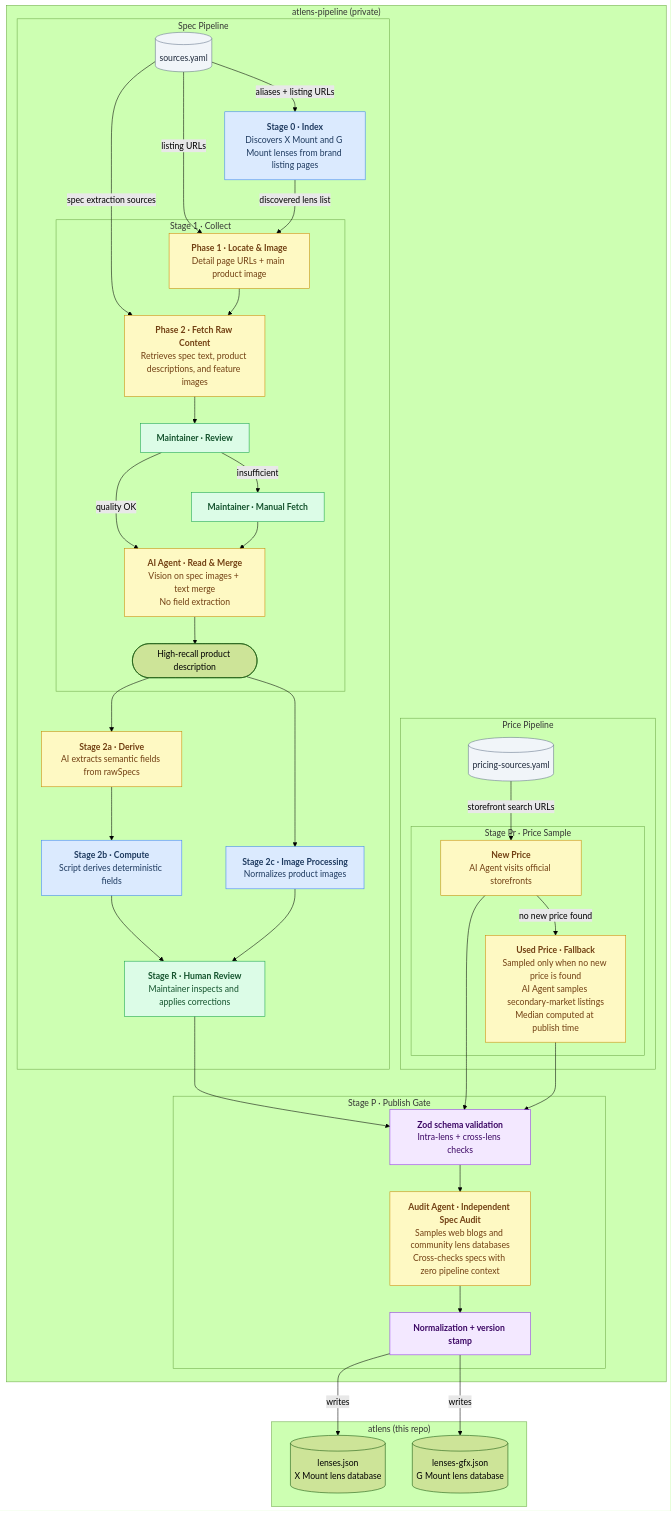
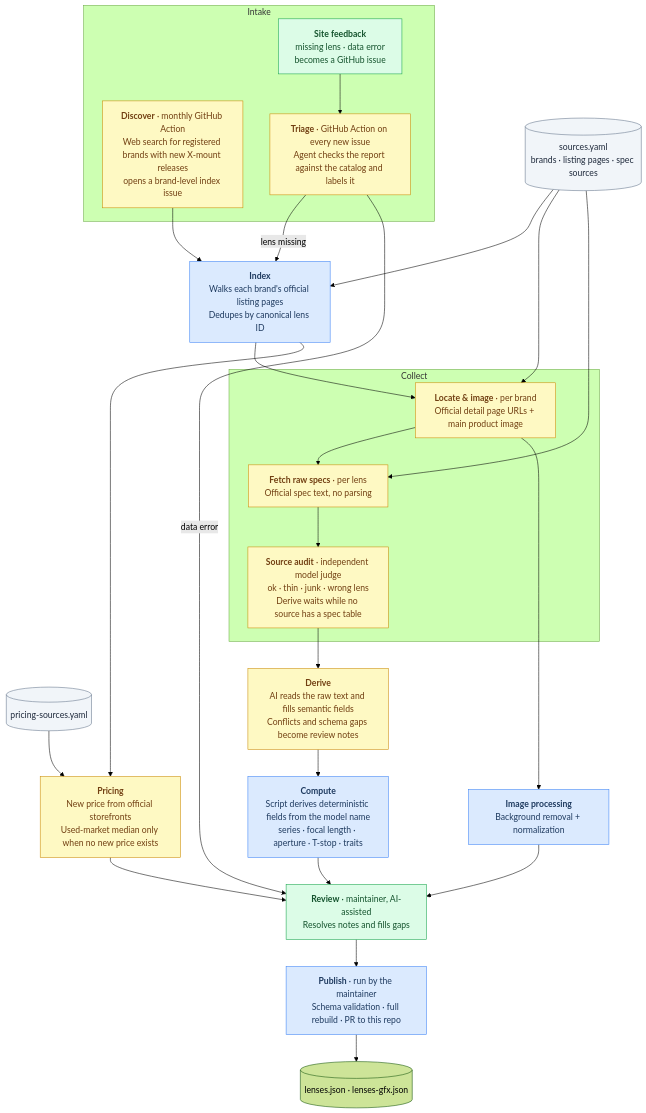
One commit to sentacraft/atlens changed the second of 2 diagrams in README.md. Above: the diagram before and after it, drawn with Mermaid (forest theme). The commit also changed other lines of this file and 1 other file, not shown here.

Commit message:
docs: describe the app architecture and the current data pipeline in the README
Replaces the pipeline diagram with the stages that run today (discover,
triage, source audit, compute, pricing and image steps, manual publish) and
how the pipeline is operated, adds an architecture section, and removes the
unlinked and outdated docs/pipeline.md.

````diff
--- a/README.md
+++ b/README.md
@@ -61,78 +113,48 @@
 ```mermaid
 flowchart TD
-  subgraph pipeline["atlens-pipeline (private)"]
-
-    subgraph spec["Spec Pipeline"]
-      SOURCES[("sources.yaml")]
-
-      S0["<b>Stage 0 · Index</b><br/>Discovers X Mount and G Mount lenses from brand listing pages"]
-
-      subgraph s1["Stage 1 · Collect"]
-        S1p1["<b>Phase 1 · Locate & Image</b><br/>Detail page URLs + main product image"]
-        S1p2["<b>Phase 2 · Fetch Raw Content</b><br/>Retrieves spec text, product descriptions, and feature images"]
-        S1r["<b>Maintainer · Review</b>"]
-        S1h["<b>Maintainer · Manual Fetch</b>"]
-        S1b["<b>AI Agent · Read & Merge</b><br/>Vision on spec images + text merge<br/>No field extraction"]
-        S1out(["High-recall product description"])
-      end
-
-      S2a["<b>Stage 2a · Derive</b><br/>AI extracts semantic fields from rawSpecs"]
-      S2b["<b>Stage 2b · Compute</b><br/>Script derives deterministic fields"]
-      S2c["<b>Stage 2c · Image Processing</b><br/>Normalizes product images"]
-      SR["<b>Stage R · Human Review</b><br/>Maintainer inspects and applies corrections"]
-    end
-
-    subgraph price["Price Pipeline"]
-      PRICING_SOURCES[("pricing-sources.yaml")]
-
-      subgraph spr["Stage Pr · Price Sample"]
-        SPrNew["<b>New Price</b><br/>AI Agent visits official storefronts"]
-        SPrUsed["<b>Used Price · Fallback</b><br/>Sampled only when no new price is found<br/>AI Agent samples secondary-market listings<br/>Median computed at publish time"]
-      end
-    end
-
-    subgraph sp["Stage P · Publish Gate"]
-      SP1["<b>Zod schema validation</b><br/>Intra-lens + cross-lens checks"]
-      SP_AUDIT["<b>Audit Agent · Independent Spec Audit</b><br/>Samples web blogs and community lens databases<br/>Cross-checks specs with zero pipeline context"]
-      SP2["<b>Normalization + version stamp</b>"]
-    end
+  subgraph intake["Intake"]
+    DISC["<b>Discover</b> · monthly GitHub Action<br/>Web search for registered brands with new X-mount releases<br/>opens a brand-level index issue"]
+    FEED["<b>Site feedback</b><br/>missing lens · data error<br/>becomes a GitHub issue"]
+    TRI["<b>Triage</b> · GitHub Action on every new issue<br/>Agent checks the report against the catalog and labels it"]
   end
 
-  SOURCES -->|"aliases + listing URLs"| S0
-  SOURCES -->|"listing URLs"| S1p1
-  SOURCES -->|"spec extraction sources"| S1p2
-  S0 -->|"discovered lens list"| S1p1
-  S1p1 --> S1p2
-  S1p2 --> S1r
-  S1r -->|"quality OK"| S1b
-  S1r -->|"insufficient"| S1h
-  S1h --> S1b
-  S1b --> S1out
-  S1out --> S2a & S2c
-  S2a --> S2b
-  S2b & S2c --> SR
-  SR --> SP1
-  PRICING_SOURCES -->|"storefront search URLs"| SPrNew
-  SPrNew -->|"no new price found"| SPrUsed
-  SPrNew & SPrUsed --> SP1
-  SP1 --> SP_AUDIT
-  SP_AUDIT --> SP2
-  subgraph xglass["atlens (this repo)"]
-    DBX[("lenses.json<br/>X Mount lens database")]
-    DBG[("lenses-gfx.json<br/>G Mount lens database")]
+  SOURCES[("sources.yaml<br/>brands · listing pages · spec sources")]
+  PSOURCES[("pricing-sources.yaml")]
+
+  IDX["<b>Index</b><br/>Walks each brand's official listing pages<br/>Dedupes by canonical lens ID"]
+
+  subgraph collect["Collect"]
+    C1["<b>Locate & image</b> · per brand<br/>Official detail page URLs + main product image"]
+    C2["<b>Fetch raw specs</b> · per lens<br/>Official spec text, no parsing"]
+    AUDIT["<b>Source audit</b> · independent model judge<br/>ok · thin · junk · wrong lens<br/>Derive waits while no source has a spec table"]
   end
-  SP2 -->|"writes"| DBX
-  SP2 -->|"writes"| DBG
+
+  DER["<b>Derive</b><br/>AI reads the raw text and fills semantic fields<br/>Conflicts and schema gaps become review notes"]
+  CMP["<b>Compute</b><br/>Script derives deterministic fields from the model name<br/>series · focal length · aperture · T-stop · traits"]
+  PRC["<b>Pricing</b><br/>New price from official storefronts<br/>Used-market median only when no new price exists"]
+  IMG["<b>Image processing</b><br/>Background removal + normalization"]
+  REV["<b>Review</b> · maintainer, AI-assisted<br/>Resolves notes and fills gaps"]
+  PUB["<b>Publish</b> · run by the maintainer<br/>Schema validation · full rebuild · PR to this repo"]
+  DB[("lenses.json · lenses-gfx.json")]
+
+  DISC --> IDX
+  FEED --> TRI
+  TRI -->|"lens missing"| IDX
+  TRI -->|"data error"| REV
+  SOURCES --> IDX & C1 & C2
+  PSOURCES --> PRC
+  IDX --> C1 --> C2 --> AUDIT --> DER --> CMP --> REV
+  IDX --> PRC --> REV
+  C1 --> IMG --> REV
+  REV --> PUB --> DB
 
   classDef script fill:#dbeafe,stroke:#3b82f6,color:#1e3a5f
   classDef agent fill:#fef9c3,stroke:#ca8a04,color:#713f12
   classDef human fill:#dcfce7,stroke:#16a34a,color:#14532d
-  classDef gate fill:#f3e8ff,stroke:#9333ea,color:#3b0764
   classDef config fill:#f1f5f9,stroke:#64748b,color:#1e293b
 
-  class S0,S2b,S2c script
-  class S1p1,S1p2,S1b,S2a,SPrNew,SPrUsed,SP_AUDIT agent
-  class S1r,S1h,SR human
-  class SP1,SP2 gate
-  class SOURCES,PRICING_SOURCES config
+  class IDX,CMP,IMG,PUB script
+  class DISC,TRI,C1,C2,AUDIT,DER,PRC agent
+  class FEED,REV human
+  class SOURCES,PSOURCES config
 ```
````
